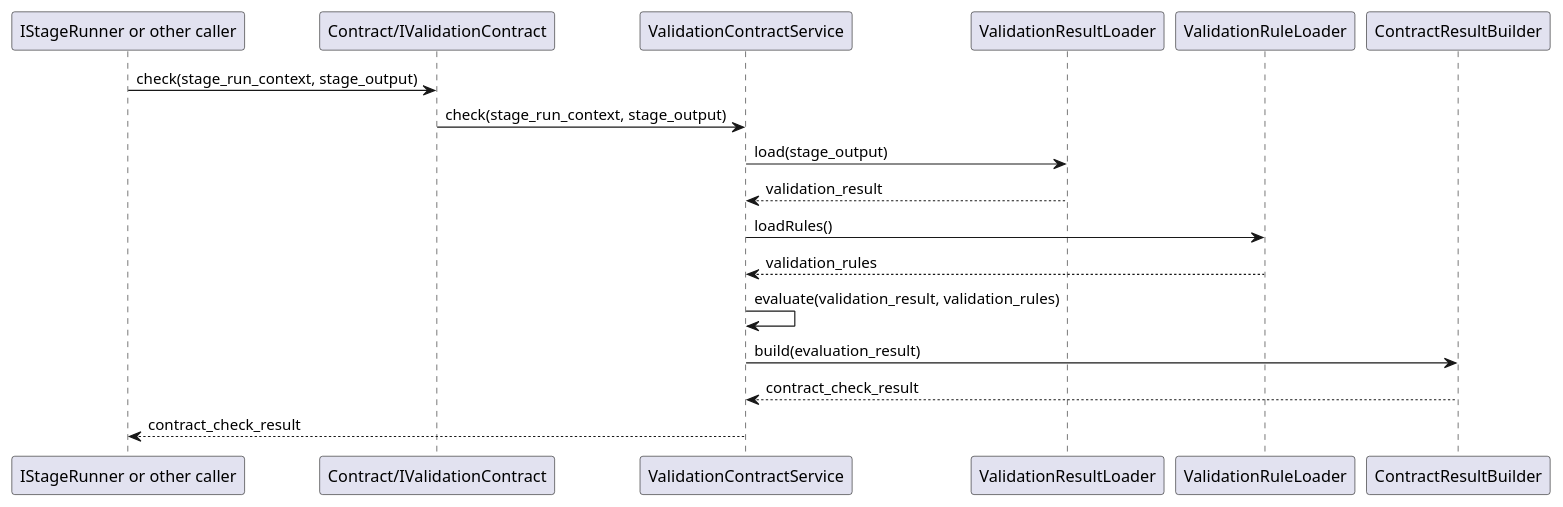
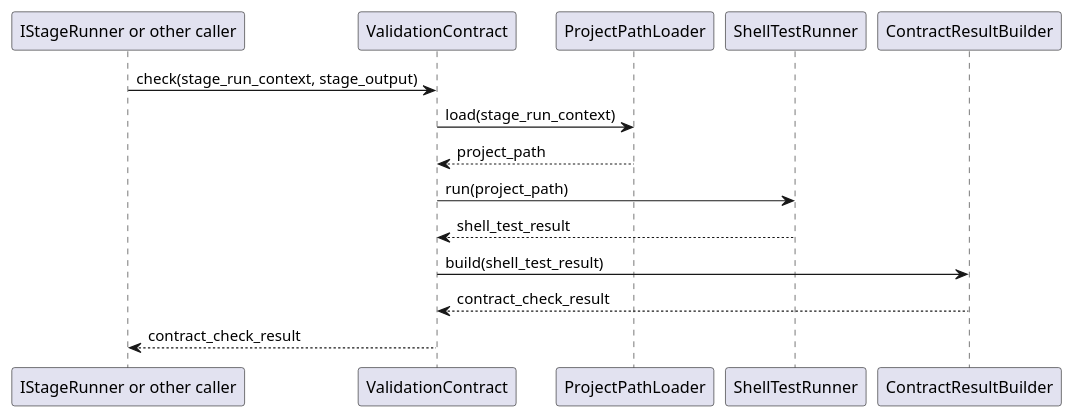
Before and after one commit to lucky-chen/ai_workflow_travel: the second of 2 diagrams in meta_layer/docs/design_docs/Contract/ValidationContract.md, drawn with PlantUML. The commit also changed other lines of this file and 12 other files, not shown here.

First line of the commit message:
[AI] gpt-5.4: align stage pipeline document io flow

````diff
--- a/meta_layer/docs/design_docs/Contract/ValidationContract.md
+++ b/meta_layer/docs/design_docs/Contract/ValidationContract.md
@@ -122,21 +107,18 @@
 ```plantuml
 @startuml
 participant Caller as "IStageRunner or other caller"
-participant IValidationContract as "Contract/IValidationContract"
-participant ValidationContractService
-participant ValidationResultLoader
-participant ValidationRuleLoader
+participant ValidationContract
+participant ProjectPathLoader
+participant ShellTestRunner
 participant ContractResultBuilder
 
-Caller -> IValidationContract: check(stage_run_context, stage_output)
-IValidationContract -> ValidationContractService: check(stage_run_context, stage_output)
-ValidationContractService -> ValidationResultLoader: load(stage_output)
-ValidationResultLoader --> ValidationContractService: validation_result
-ValidationContractService -> ValidationRuleLoader: loadRules()
-ValidationRuleLoader --> ValidationContractService: validation_rules
-ValidationContractService -> ValidationContractService: evaluate(validation_result, validation_rules)
-ValidationContractService -> ContractResultBuilder: build(evaluation_result)
-ContractResultBuilder --> ValidationContractService: contract_check_result
-ValidationContractService --> Caller: contract_check_result
+Caller -> ValidationContract: check(stage_run_context, stage_output)
+ValidationContract -> ProjectPathLoader: load(stage_run_context)
+ProjectPathLoader --> ValidationContract: project_path
+ValidationContract -> ShellTestRunner: run(project_path)
+ShellTestRunner --> ValidationContract: shell_test_result
+ValidationContract -> ContractResultBuilder: build(shell_test_result)
+ContractResultBuilder --> ValidationContract: contract_check_result
+ValidationContract --> Caller: contract_check_result
 @enduml
 ```
````
